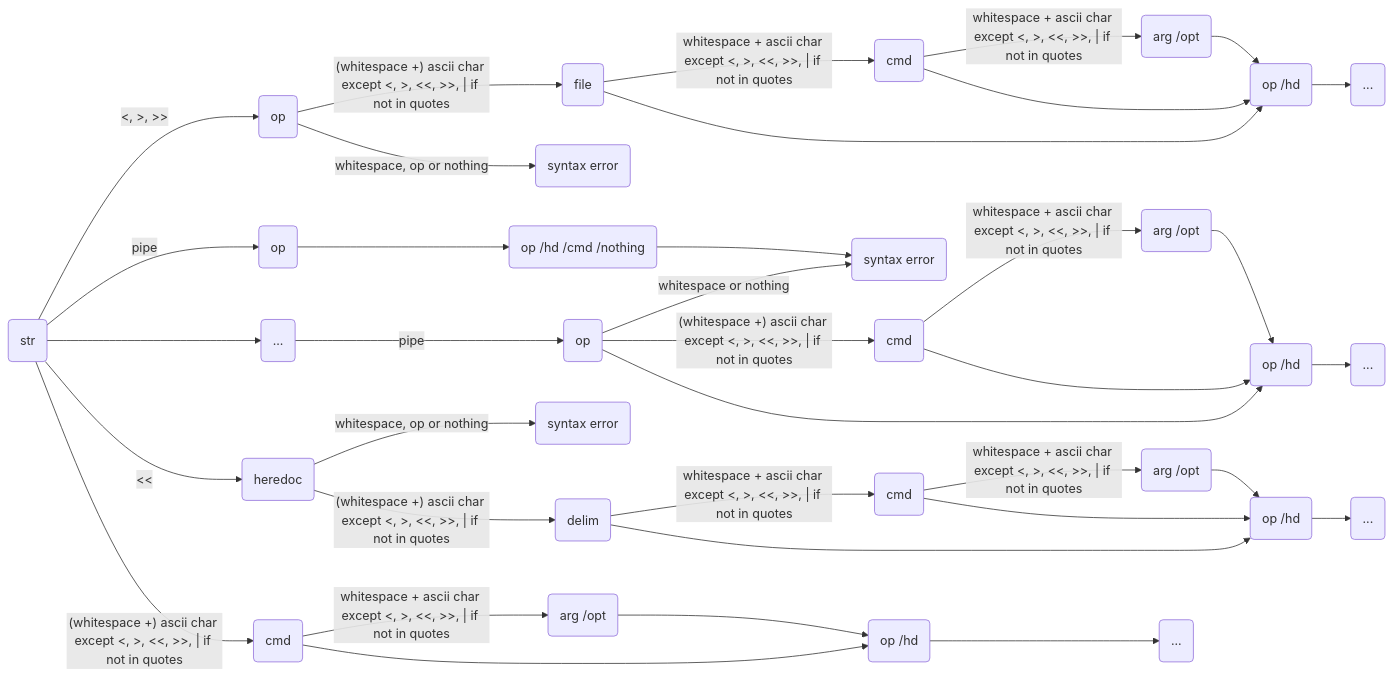
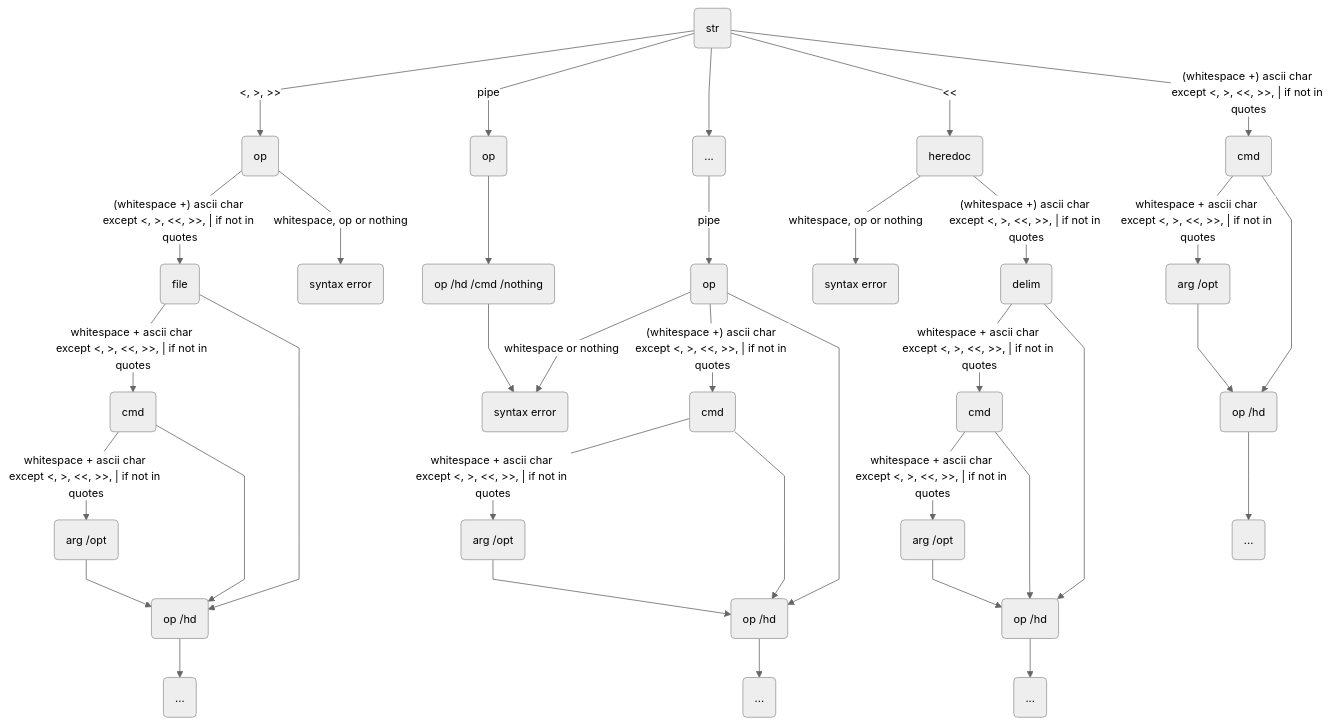
One commit to cdomet-d/minishell changed the second of 2 diagrams in README.md. Above: the diagram before and after it, drawn with Mermaid. The commit also changed other lines of this file, not shown here.

Commit message:
updated mermaid graphs for readability

````diff
--- a/README.md
+++ b/README.md
@@ -73,36 +97,36 @@
 ```mermaid
-graph LR
-
+%%{init: {'theme': 'neutral', 'themeVariables': {'fontFamily': 'Arial', 'fontSize': '14px'}, 'flowchart': {'curve': 'linear'}}}%%
+graph TD
 STR(str) --> |<, >, >>| redir(op) --> |"(whitespace +) ascii char \nexcept <, >, <<, >>, | if not in quotes"| file(file)
 redir --> |"whitespace, op or nothing"| redirerror("syntax error")
 file --> |"whitespace + ascii char \nexcept <, >, <<, >>, | if not in quotes"| redircmd(cmd)
 redircmd --> |"whitespace + ascii char \nexcept <, >, <<, >>, | if not in quotes"| rao(arg /opt)
 redircmd --> redirophd
 rao --> redirophd
 file --> redirophd(op /hd) --> redirdot(...)
 
 STR --> |"pipe"| pip(op) --> A("op /hd /cmd /nothing") --> pipeerror("syntax error")
 STR --> dost(...) --> |"pipe"| pipe(op)
 pipe --> |"whitespace or nothing"| pipeerror
 pipe --> |"(whitespace +) ascii char \nexcept <, >, <<, >>, | if not in quotes"| pipecmd(cmd)
 pipe --> op/hd(op /hd)
 pipecmd --> |"whitespace + ascii char \nexcept <, >, <<, >>, | if not in quotes"| pao(arg /opt)
 pao --> op/hd
 pipecmd --> op/hd
 op/hd --> dot(...)
 
 STR --> |<<| hd(heredoc)
 hd --> |"whitespace, op or nothing"| hderror("syntax error")
 hd --> |"(whitespace +) ascii char \nexcept <, >, <<, >>, | if not in quotes"| delim(delim)
 delim --> |"whitespace + ascii char \nexcept <, >, <<, >>, | if not in quotes"| hdcmd(cmd) --> |"whitespace + ascii char \nexcept <, >, <<, >>, | if not in quotes"| hdcmdopt(arg /opt)
 delim --> hdop(op /hd)
 hdcmd --> hdop
 hdcmdopt --> hdop
 hdop --> hdodt(...)
 
 STR --> |"(whitespace +) ascii char \nexcept <, >, <<, >>, | if not in quotes"| cmd(cmd) 
 cmd --> |"whitespace + ascii char \nexcept <, >, <<, >>, | if not in quotes"| cmdopt(arg /opt)
 cmd --> cmdop(op /hd)
 cmdopt --> cmdop(op /hd)
 cmdop --> cmddot(...)
 ```
````
